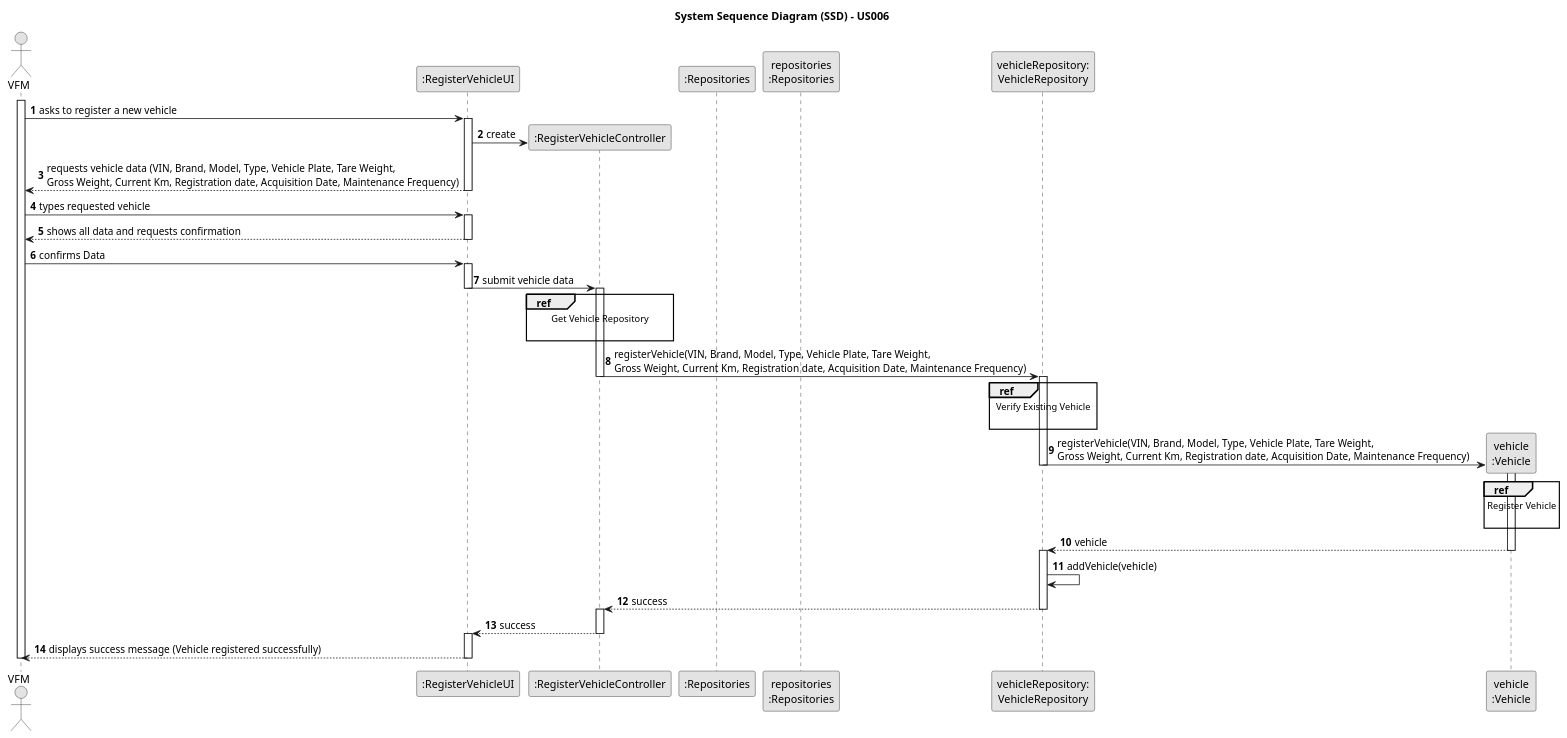
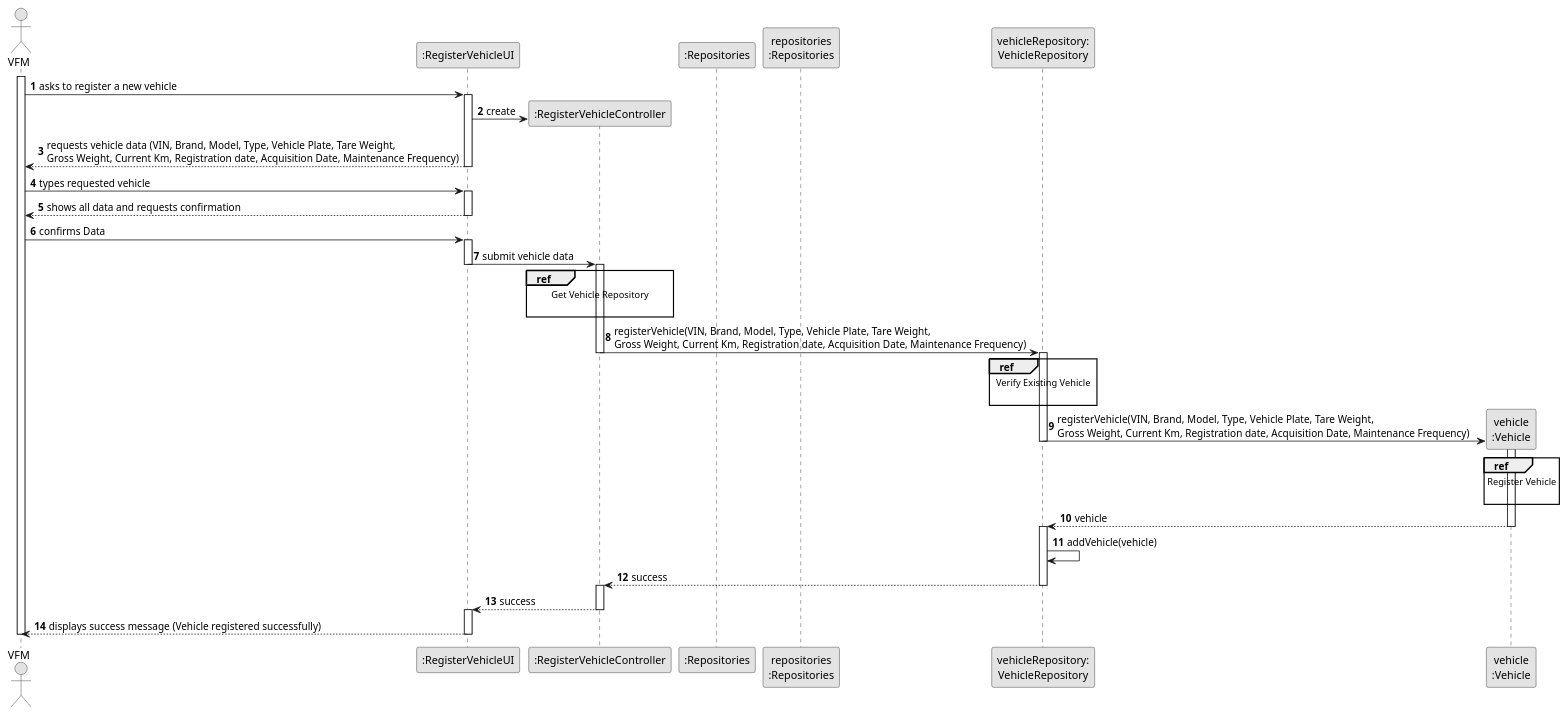
Before and after one commit to ricardomm7/leaflink: the diagram in docs/sprintC/us006/03.design/puml/us006-sequence-diagram-split.puml, drawn with PlantUML. The commit also changed 12 other files, not shown here.

```diff
--- a/docs/sprintC/us006/03.design/puml/us006-sequence-diagram-split.puml
+++ b/docs/sprintC/us006/03.design/puml/us006-sequence-diagram-split.puml
@@ -1,90 +1,88 @@
 @startuml
 skinparam monochrome true
 skinparam packageStyle rectangle
 skinparam shadowing false
-
-title System Sequence Diagram (SSD) - US006
 
 autonumber
 
 actor "VFM" as VFM
 participant ":RegisterVehicleUI" as UI
 participant ":RegisterVehicleController" as CTRL
 participant ":Repositories" as RepositorySingleton
 participant "repositories\n:Repositories" as PLAT
 participant "vehicleRepository:\nVehicleRepository" as VehicleRepository
 participant "vehicle\n:Vehicle" as VEI
 
 activate VFM
 
     VFM -> UI : asks to register a new vehicle
     activate UI
 
         UI -> CTRL** : create
 
         UI --> VFM : requests vehicle data (VIN, Brand, Model, Type, Vehicle Plate, Tare Weight, \nGross Weight, Current Km, Registration date, Acquisition Date, Maintenance Frequency)
         deactivate UI
 
     VFM -> UI : types requested vehicle
     activate UI
 
     UI --> VFM : shows all data and requests confirmation
     deactivate UI
 
     VFM -> UI: confirms Data
     activate UI
 
         UI -> CTRL : submit vehicle data
         deactivate UI
         activate CTRL
 
             ref over CTRL
                                             Get Vehicle Repository
 
                                         end ref
 
         CTRL -> VehicleRepository : registerVehicle(VIN, Brand, Model, Type, Vehicle Plate, Tare Weight, \nGross Weight, Current Km, Registration date, Acquisition Date, Maintenance Frequency)
         deactivate CTRL
 
             activate VehicleRepository
 
         ref over VehicleRepository
                                                                             Verify Existing Vehicle
 
                                                                         end ref
 
 
             VehicleRepository -> VEI **: registerVehicle(VIN, Brand, Model, Type, Vehicle Plate, Tare Weight, \nGross Weight, Current Km, Registration date, Acquisition Date, Maintenance Frequency)
         deactivate VehicleRepository
             activate VEI
 
 
             ref over VEI
                                             Register Vehicle
 
                                         end ref
 
             VEI --> VehicleRepository: vehicle
             deactivate VEI
             activate VehicleRepository
 
 
 
 
             VehicleRepository -> VehicleRepository: addVehicle(vehicle)
             VehicleRepository --> CTRL: success
                         deactivate VehicleRepository
 
             activate CTRL
 
 
             CTRL --> UI : success
             deactivate CTRL
             activate UI
 
     UI --> VFM : displays success message (Vehicle registered successfully)
     deactivate UI
 
 deactivate VFM
 
 @enduml
```
